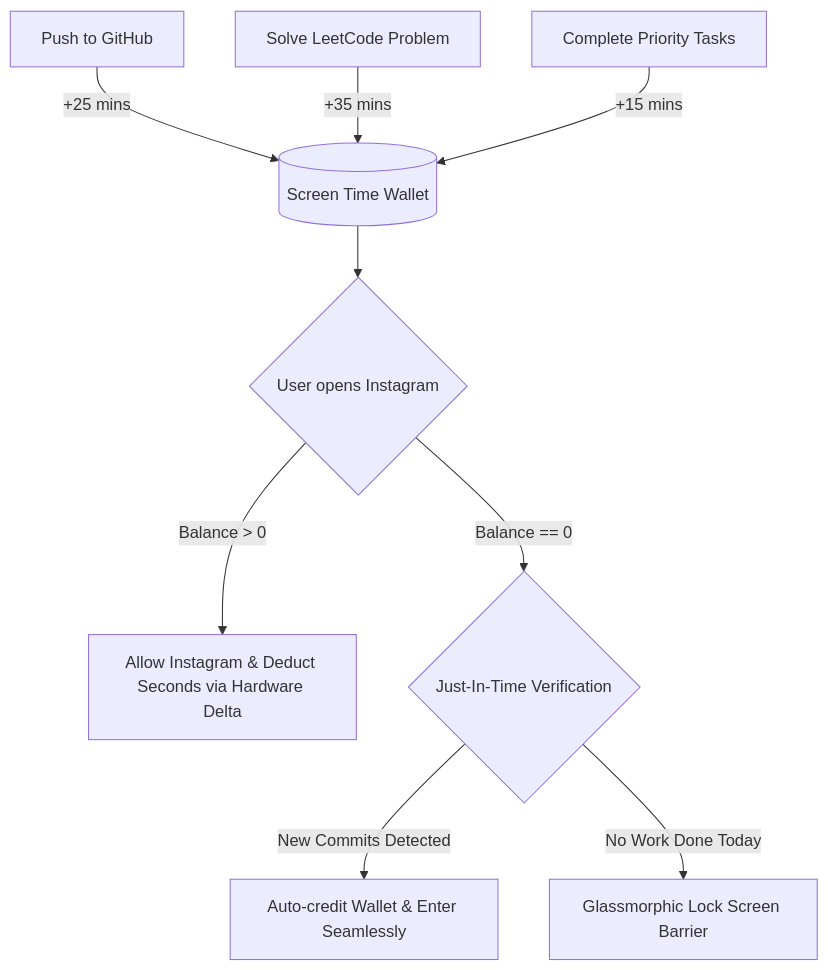
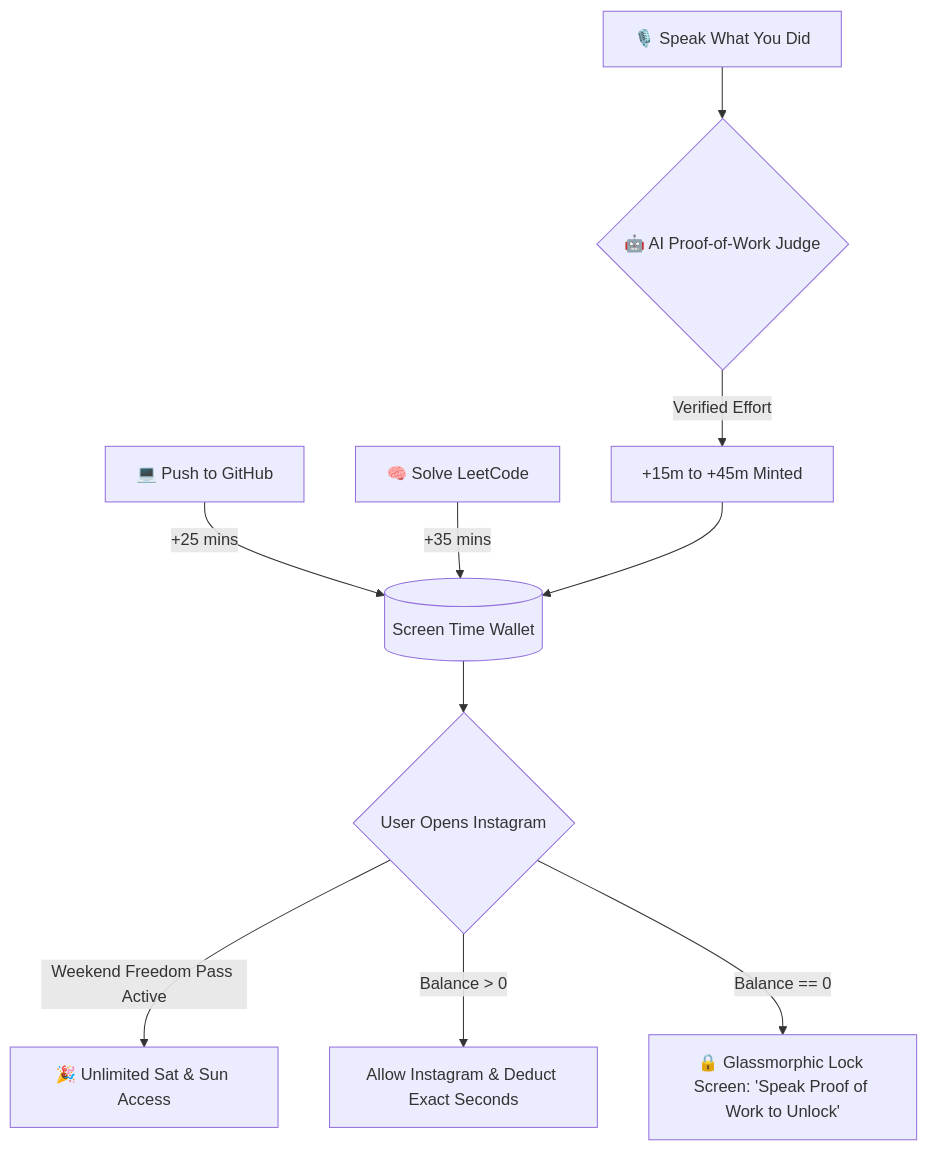
One commit to napraveen/Proof-Of-Work changed the diagram in README.md. Above: the diagram before and after it, drawn with Mermaid. The commit also changed other lines of this file and 27 other files, not shown here.

Commit message:
feat: Production-ready release with Gemini AI voice judge, zero-bypass blocker, and real-time wallet tracking

````diff
--- a/README.md
+++ b/README.md
@@ -24,12 +25,13 @@
 ```mermaid
 flowchart TD
-    A[Push to GitHub] -->|+25 mins| D[(Screen Time Wallet)]
-    B[Solve LeetCode Problem] -->|+35 mins| D
-    C[Complete Priority Tasks] -->|+15 mins| D
+    A["🎙️ Speak What You Did"] --> B{"🤖 AI Proof-of-Work Judge"}
+    B -->|Verified Effort| C["+15m to +45m Minted"]
+    D["💻 Push to GitHub"] -->|+25 mins| E[(Screen Time Wallet)]
+    F["🧠 Solve LeetCode"] -->|+35 mins| E
+    C --> E
     
-    D --> E{User opens Instagram}
-    E -->|Balance > 0| F[Allow Instagram & Deduct Seconds via Hardware Delta]
-    E -->|Balance == 0| G{Just-In-Time Verification}
-    G -->|New Commits Detected| H[Auto-credit Wallet & Enter Seamlessly]
-    G -->|No Work Done Today| I[Glassmorphic Lock Screen Barrier]
+    E --> G{"User Opens Instagram"}
+    G -->|Weekend Freedom Pass Active| H["🎉 Unlimited Sat & Sun Access"]
+    G -->|Balance > 0| I["Allow Instagram & Deduct Exact Seconds"]
+    G -->|Balance == 0| J["🔒 Glassmorphic Lock Screen: 'Speak Proof of Work to Unlock'"]
 ```
````
